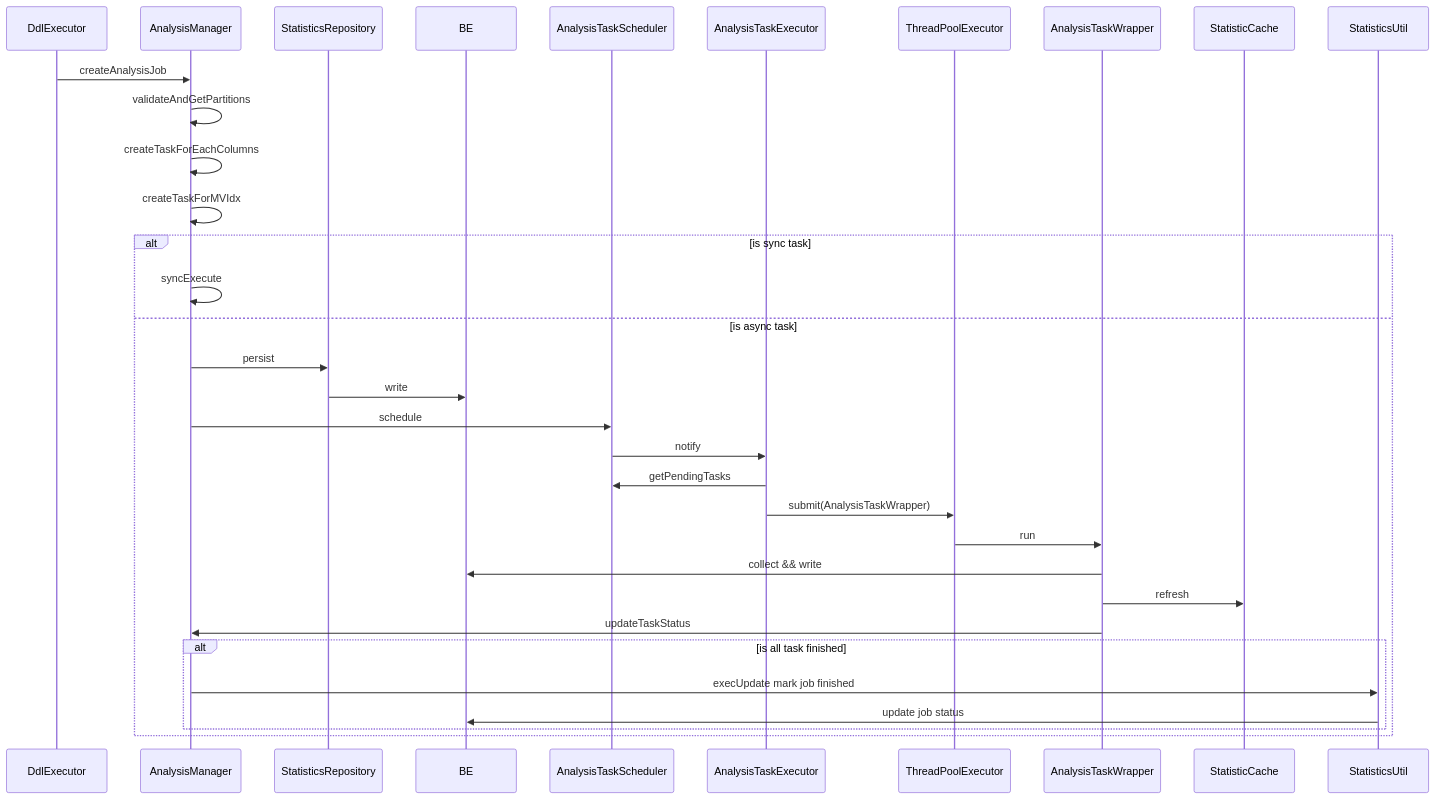
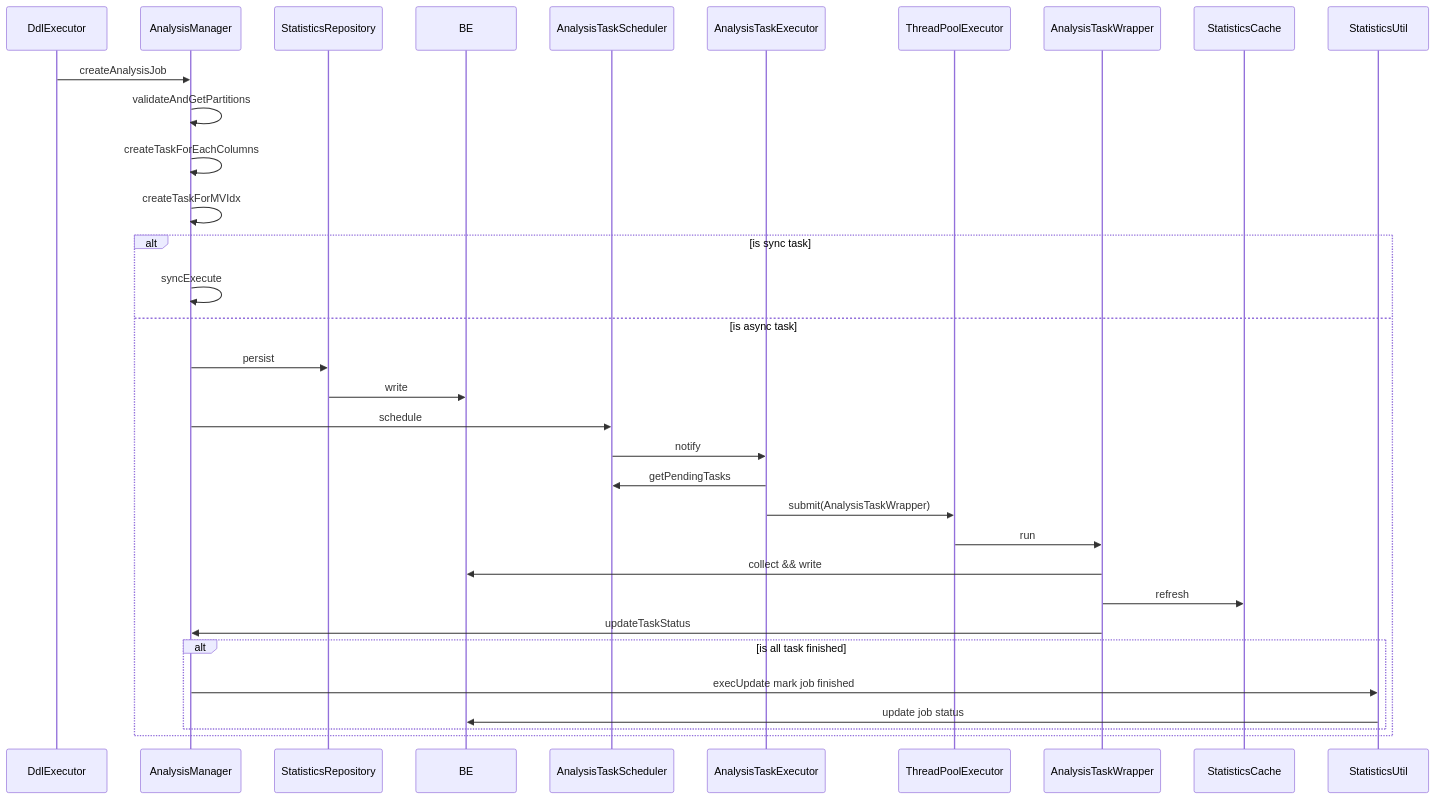
One commit to apache/doris changed the first of 2 diagrams in fe/fe-core/src/main/java/org/apache/doris/statistics/README.md. Above: the diagram before and after it, drawn with Mermaid. The commit also changed other lines of this file, not shown here.

Commit message:
StatisticCache->StatisticsCache

````diff
--- a/fe/fe-core/src/main/java/org/apache/doris/statistics/README.md
+++ b/fe/fe-core/src/main/java/org/apache/doris/statistics/README.md
@@ -58,26 +58,26 @@
 ```mermaid
 sequenceDiagram
 DdlExecutor->>AnalysisManager: createAnalysisJob
 AnalysisManager->>AnalysisManager: validateAndGetPartitions
 AnalysisManager->>AnalysisManager: createTaskForEachColumns
 AnalysisManager->>AnalysisManager: createTaskForMVIdx
 alt is sync task
     AnalysisManager->>AnalysisManager: syncExecute
 else is async task
     AnalysisManager->>StatisticsRepository: persist
     StatisticsRepository->>BE: write
     AnalysisManager->>AnalysisTaskScheduler: schedule
     AnalysisTaskScheduler->>AnalysisTaskExecutor: notify
     AnalysisTaskExecutor->>AnalysisTaskScheduler: getPendingTasks
     AnalysisTaskExecutor->>ThreadPoolExecutor: submit(AnalysisTaskWrapper)
     ThreadPoolExecutor->>AnalysisTaskWrapper: run
     AnalysisTaskWrapper->>BE: collect && write
-    AnalysisTaskWrapper->>StatisticCache: refresh
+    AnalysisTaskWrapper->>StatisticsCache: refresh
     AnalysisTaskWrapper->>AnalysisManager: updateTaskStatus
     alt is all task finished
         AnalysisManager->> StatisticsUtil: execUpdate mark job finished
         StatisticsUtil->> BE: update job status
     end
 end
 
 ```
````
